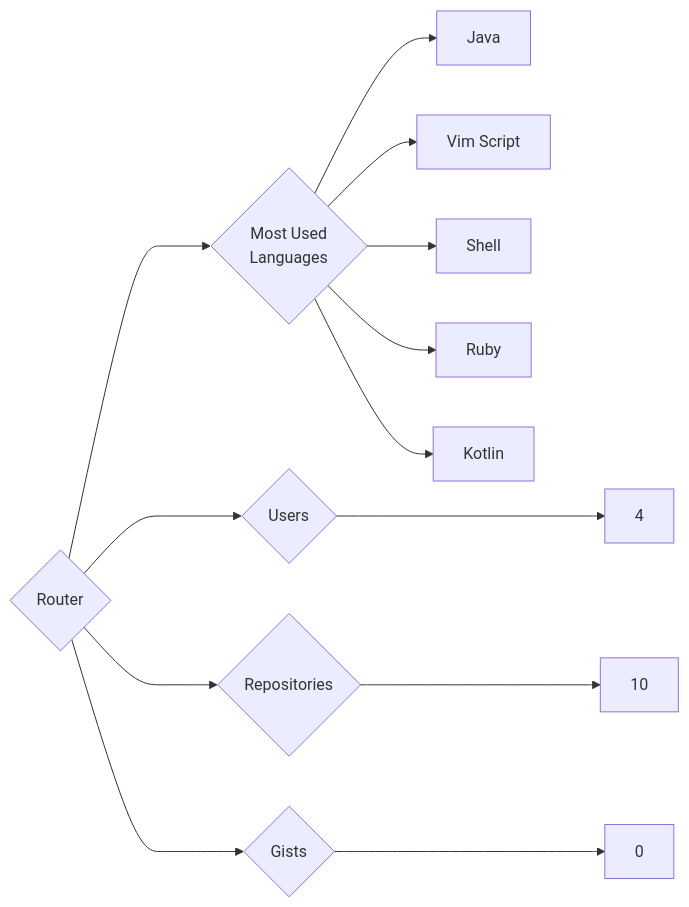
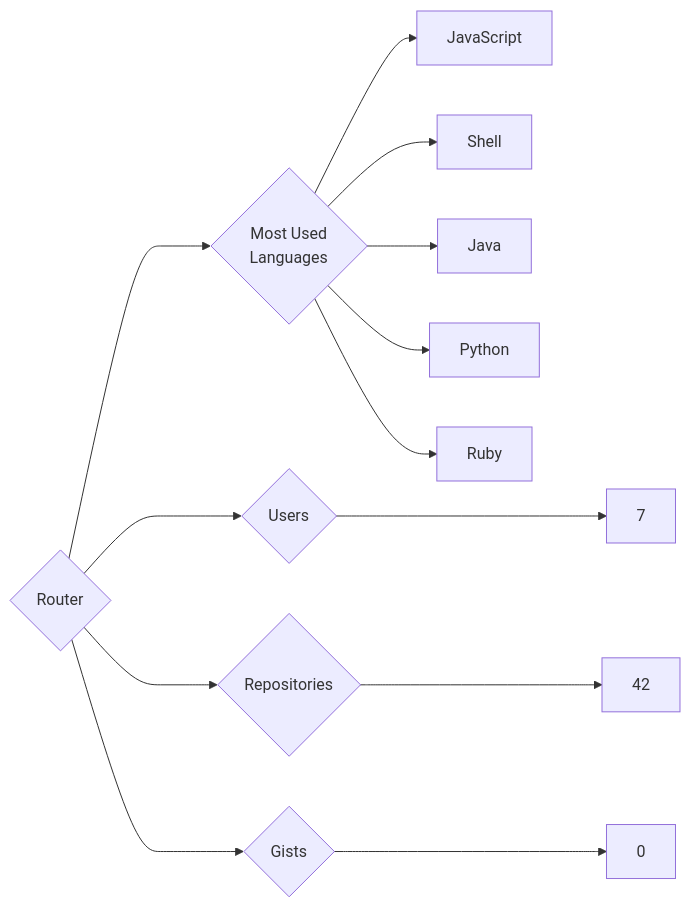
Before and after one commit to trickest/insiders: the diagram in targets/Router/README.md, drawn with Mermaid. The commit also changed 1389 other files, not shown here.

````diff
--- a/targets/Router/README.md
+++ b/targets/Router/README.md
@@ -3,13 +3,13 @@
 ```mermaid
 graph LR
 COMPANY_NAME{Router}
-COMPANY_NAME ---> U{Users} ---> UN[4]
-COMPANY_NAME ---> R{Repositories} ---> RN[10]
+COMPANY_NAME ---> U{Users} ---> UN[7]
+COMPANY_NAME ---> R{Repositories} ---> RN[42]
 COMPANY_NAME ---> G{Gists} ---> GN[0]
 COMPANY_NAME ---> ML{Most Used<br>Languages}
+ML --> JavaScript[JavaScript]
+ML --> Shell[Shell]
 ML --> Java[Java]
-ML --> Vim_Script[Vim Script]
-ML --> Shell[Shell]
+ML --> Python[Python]
 ML --> Ruby[Ruby]
-ML --> Kotlin[Kotlin]
 ```
````
